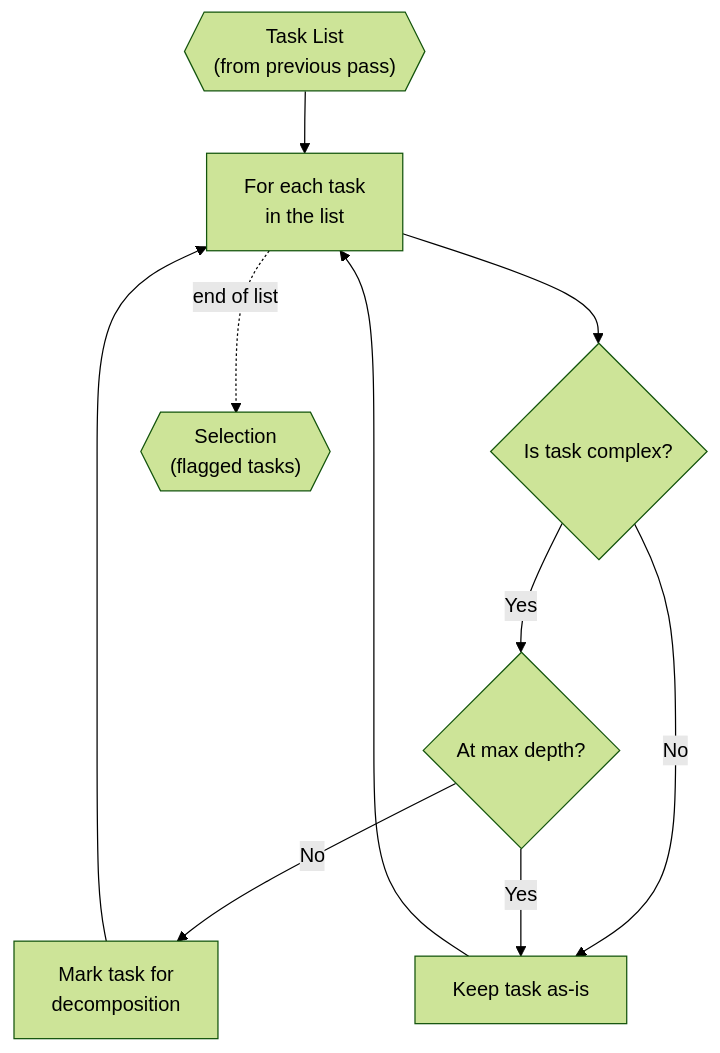
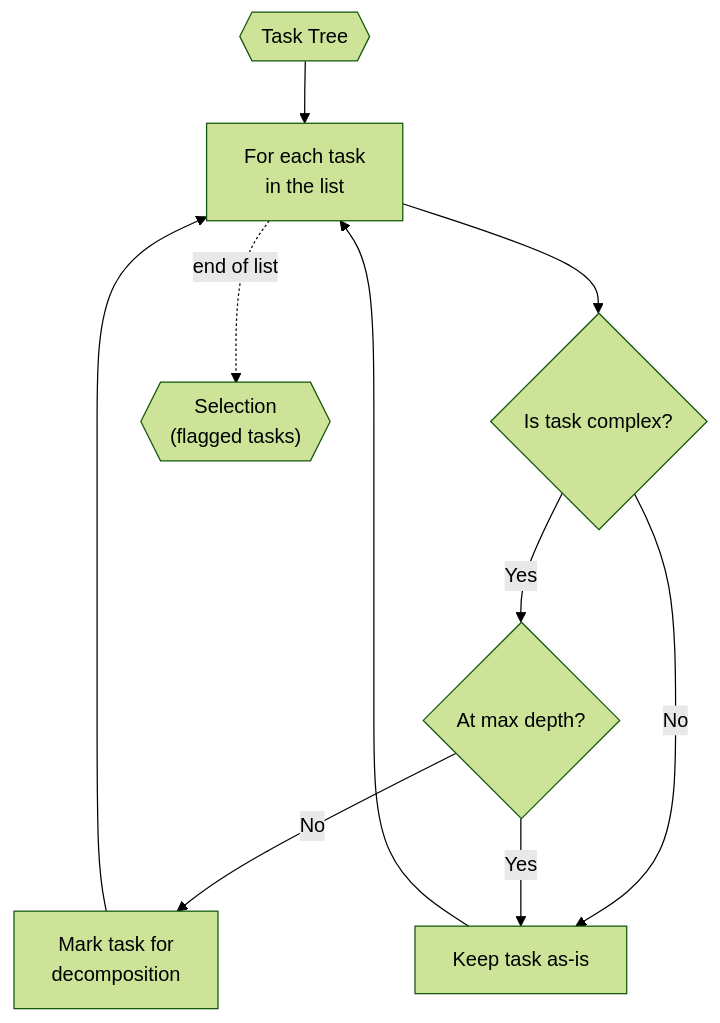
Before and after one commit to VJyzCELERY/TINYCUA: the diagram in src/tinycua/docs/architecture/task-assessor.md, drawn with Mermaid (forest theme). The commit also changed other lines of this file and 6 other files, not shown here.

First line of the commit message:
docs(tinycua): update architecture docs to reference Task Tree consistently

````diff
--- a/src/tinycua/docs/architecture/task-assessor.md
+++ b/src/tinycua/docs/architecture/task-assessor.md
@@ -46,20 +46,20 @@
 ```mermaid
 flowchart TD
-    TL{{"Task List\n(from previous pass)"}}
+    TL{{"Task Tree"}}
     ITER["For each task\nin the list"]
     CHECK_COMPLEX{"Is task complex?"}
     CHECK_DEPTH{"At max depth?"}
     SELECT["Mark task for\ndecomposition"]
     SKIP["Keep task as-is"]
     OUT{{"Selection\n(flagged tasks)"}}
 
     TL --> ITER
     ITER --> CHECK_COMPLEX
     CHECK_COMPLEX -->|Yes| CHECK_DEPTH
     CHECK_COMPLEX -->|No| SKIP
     CHECK_DEPTH -->|No| SELECT
     CHECK_DEPTH -->|Yes| SKIP
     SKIP --> ITER
     SELECT --> ITER
     ITER -. "end of list" .-> OUT
 ```
````
